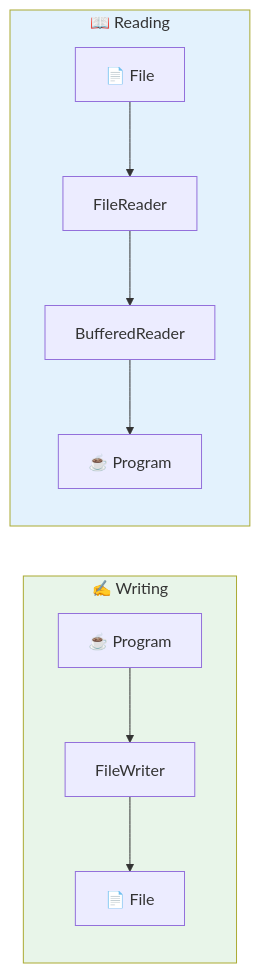
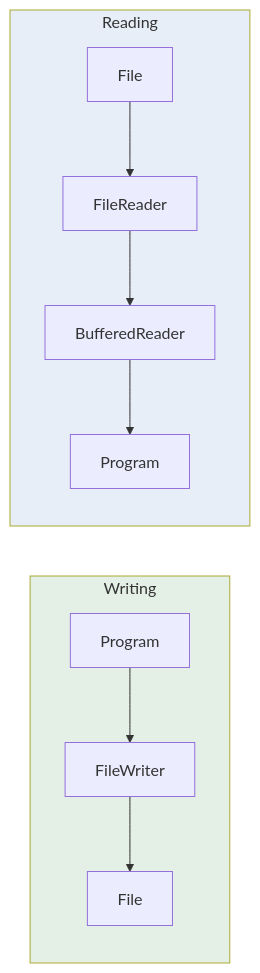
The diagram in src/Theory/10-File-Handling/04-FileReader-and-FileWriter.md (kundankumarsharma56/Leaning-Java), drawn with Mermaid before and after one commit. The commit also changed other lines of this file and 84 other files, not shown here.

````diff
--- a/src/Theory/10-File-Handling/04-FileReader-and-FileWriter.md
+++ b/src/Theory/10-File-Handling/04-FileReader-and-FileWriter.md
@@ -21,11 +21,11 @@
 ```mermaid
 flowchart LR
-    subgraph W["✍️ Writing"]
-        P1["☕ Program"] --> FW["FileWriter"] --> F1["📄 File"]
+    subgraph W["Writing"]
+        P1["Program"] --> FW["FileWriter"] --> F1["File"]
     end
-    subgraph R["📖 Reading"]
-        F2["📄 File"] --> FR["FileReader"] --> BR["BufferedReader"] --> P2["☕ Program"]
+    subgraph R["Reading"]
+        F2["File"] --> FR["FileReader"] --> BR["BufferedReader"] --> P2["Program"]
     end
-    style W fill:#e8f5e9
-    style R fill:#e3f2fd
+    style W fill:#e4efe6
+    style R fill:#e7eef7
 ```
````
